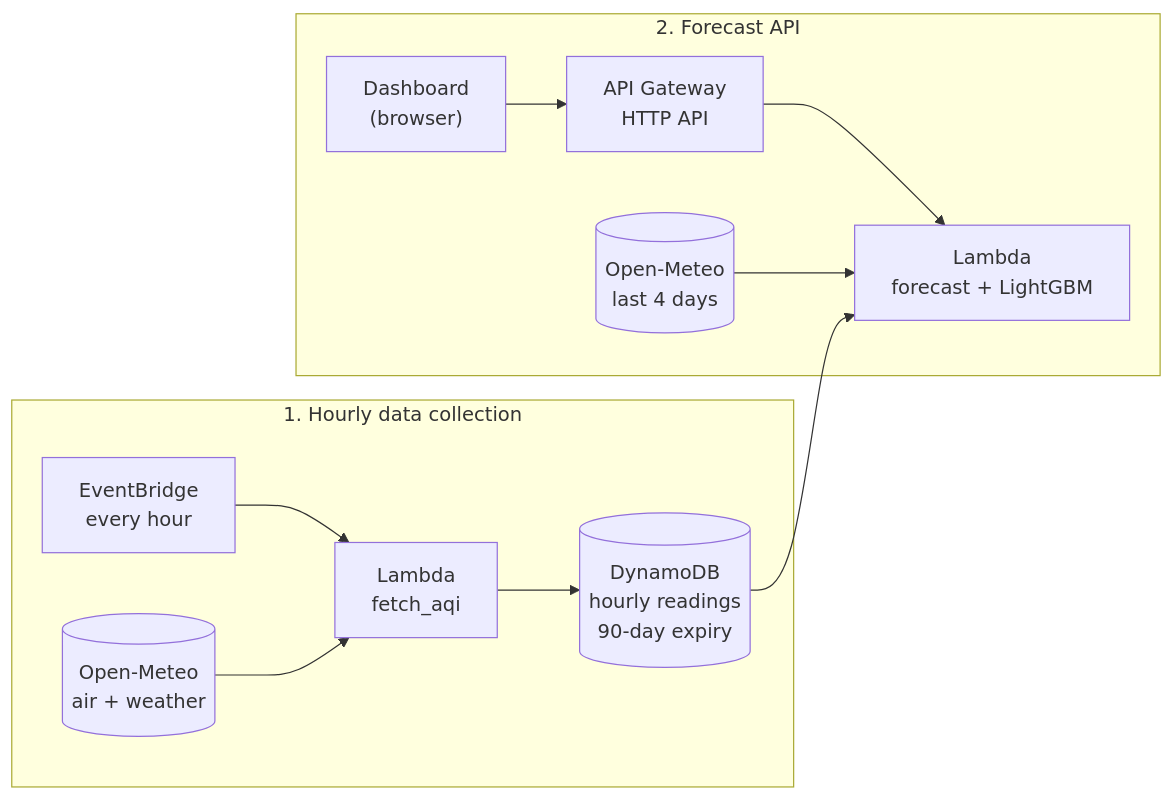
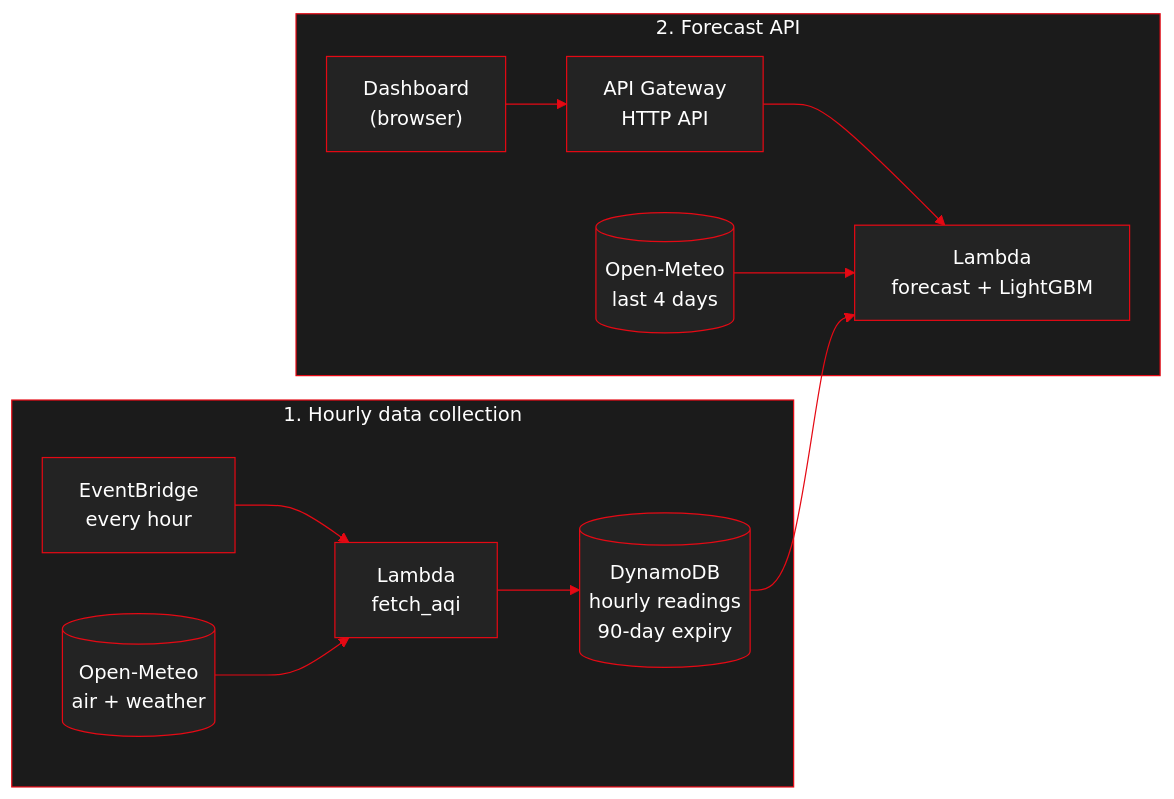
One commit to bunnyfic/breath changed the diagram in README.md. Above: the diagram before and after it, drawn with Mermaid. The commit also changed other lines of this file, not shown here.

````diff
--- a/README.md
+++ b/README.md
@@ -28,14 +85,15 @@
 ```mermaid
+%%{init: {'theme':'base','themeVariables':{'primaryColor':'#232323','primaryTextColor':'#FFFFFF','primaryBorderColor':'#E50914','lineColor':'#E50914','clusterBkg':'#1b1b1b','clusterBorder':'#E50914','titleColor':'#FFFFFF'}}}%%
 flowchart LR
   subgraph Collect["1. Hourly data collection"]
     EB["EventBridge<br/>every hour"] --> L1["Lambda<br/>fetch_aqi"]
     OM1[("Open-Meteo<br/>air + weather")] --> L1
     L1 --> DDB[("DynamoDB<br/>hourly readings<br/>90-day expiry")]
   end
   subgraph Serve["2. Forecast API"]
     UI["Dashboard<br/>(browser)"] --> GW["API Gateway<br/>HTTP API"]
     GW --> L2["Lambda<br/>forecast + LightGBM"]
     OM2[("Open-Meteo<br/>last 4 days")] --> L2
     DDB --> L2
   end
 ```
````
